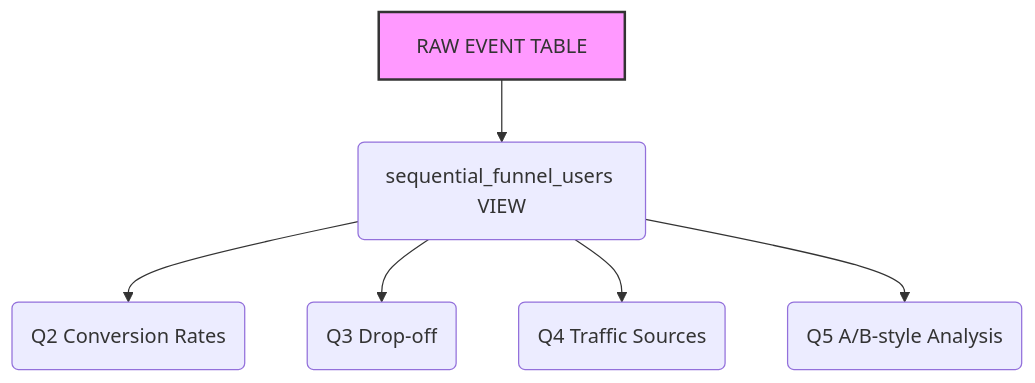
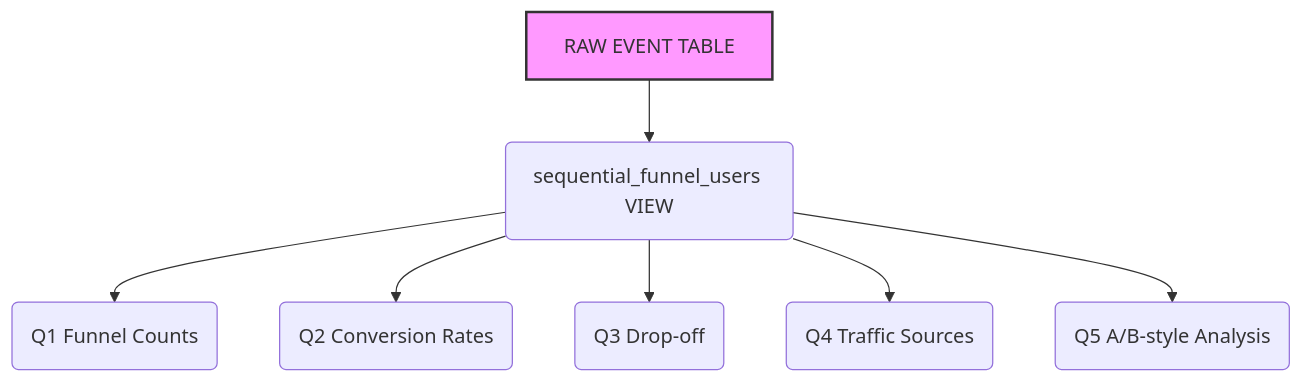
The diagram in README.md (Adityayan/ecommerce-funnel-analysis), drawn with Mermaid before and after one commit.

Commit message:
Update flowchart to include Q1 Funnel Counts
Added Q1 Funnel Counts to the flowchart in README.

````diff
--- a/README.md
+++ b/README.md
@@ -3,11 +3,12 @@
 ```mermaid
 flowchart TD
 ReadMe[RAW EVENT TABLE] --> A(sequential_funnel_users VIEW)
-   A(sequential_funnel_users VIEW)-->B(Q2 Conversion Rates)
-    A(sequential_funnel_users VIEW)-->C(Q3 Drop-off)
-   A(sequential_funnel_users VIEW)-->D(Q4 Traffic Sources)
-    A(sequential_funnel_users VIEW)-->E(Q5 A/B-style Analysis)
+A(sequential_funnel_users VIEW)-->A1(Q1 Funnel Counts)
+A(sequential_funnel_users VIEW)-->B(Q2 Conversion Rates)
+A(sequential_funnel_users VIEW)-->C(Q3 Drop-off)
+A(sequential_funnel_users VIEW)-->D(Q4 Traffic Sources)
+A(sequential_funnel_users VIEW)-->E(Q5 A/B-style Analysis)
     
     style ReadMe fill:#f9f,stroke:#333,stroke-width:2px
     
 ```
````
